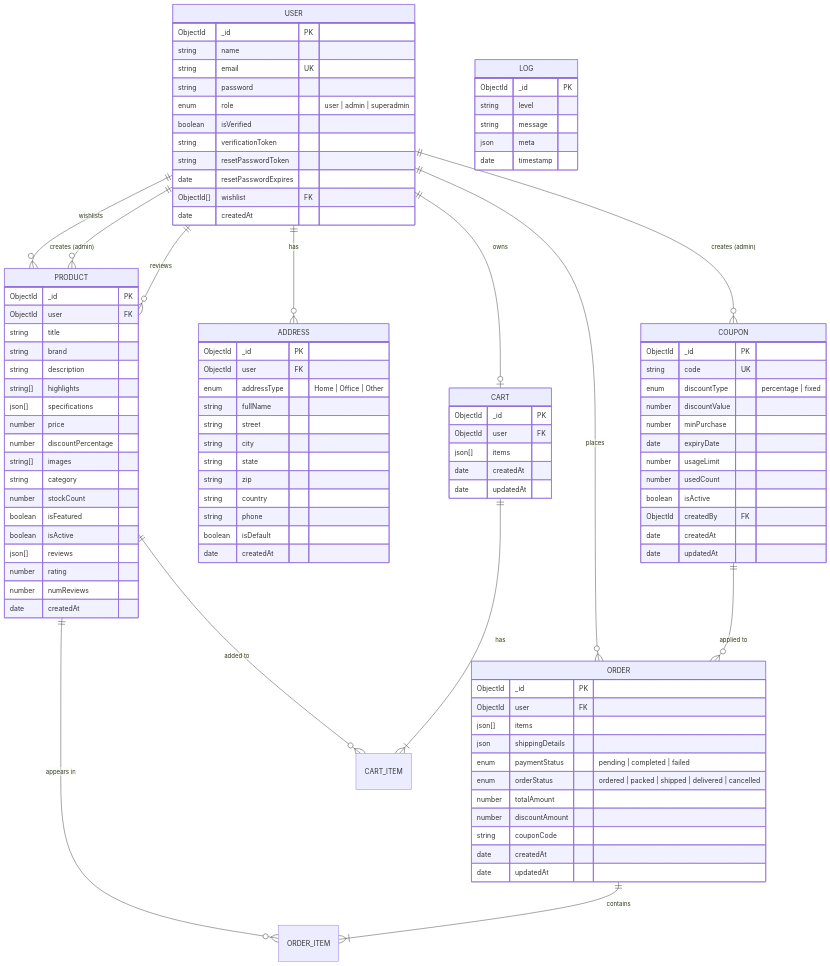
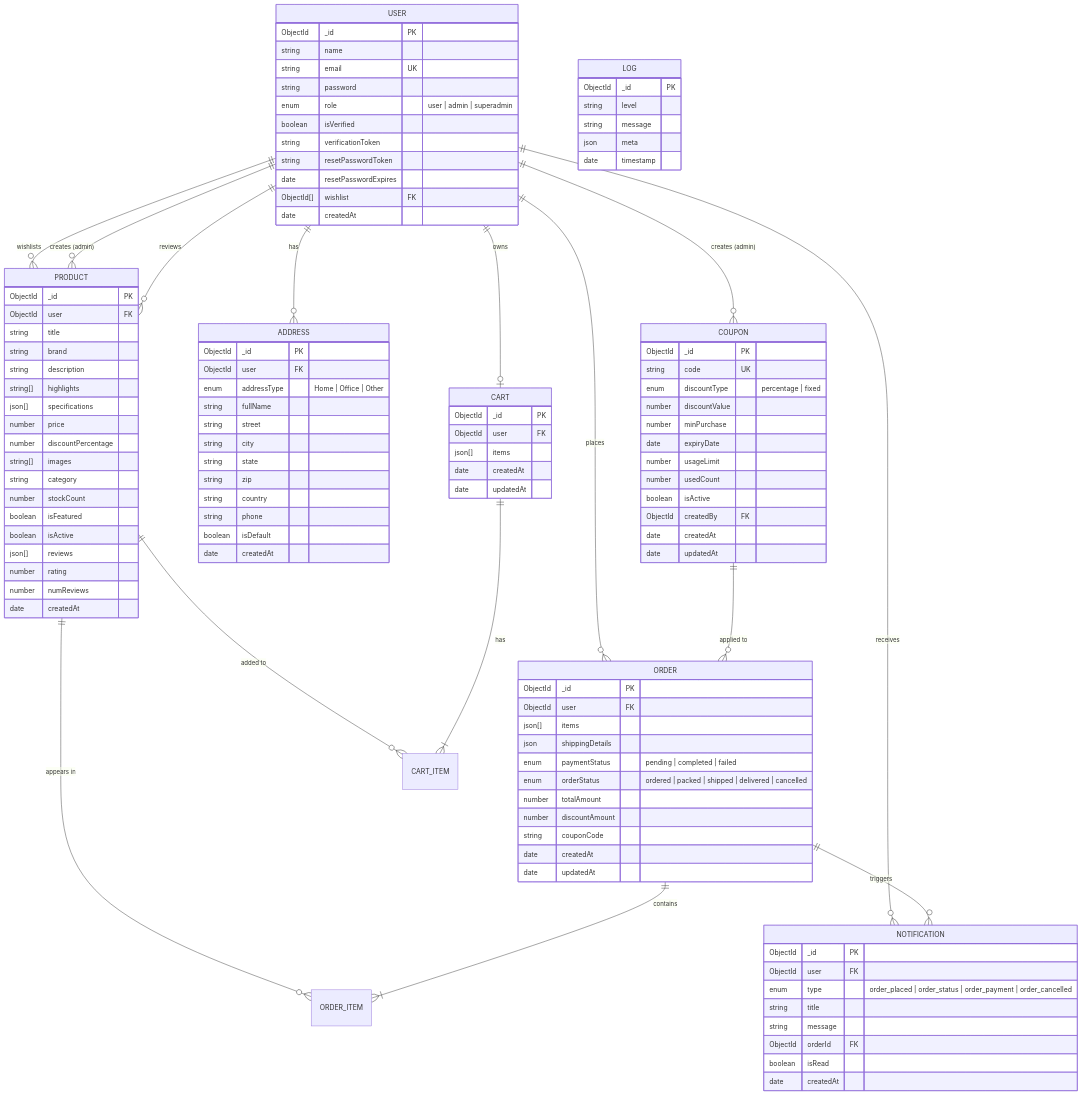
Before and after one commit to Narendrakaduru/QuickCart: the third of 10 diagrams in architecture_diagrams.md, drawn with Mermaid. The commit also changed other lines of this file and 1 other file, not shown here.

Commit message:
Document Notification-System

````diff
--- a/architecture_diagrams.md
+++ b/architecture_diagrams.md
@@ -119,11 +125,13 @@
     USER ||--o{ PRODUCT : "creates (admin)"
     USER ||--o{ COUPON : "creates (admin)"
     USER ||--o{ PRODUCT : "reviews"
+    USER ||--o{ NOTIFICATION : "receives"
 
     PRODUCT ||--o{ ORDER_ITEM : "appears in"
     ORDER ||--|{ ORDER_ITEM : "contains"
     PRODUCT ||--o{ CART_ITEM : "added to"
     CART ||--|{ CART_ITEM : "has"
+    ORDER ||--o{ NOTIFICATION : "triggers"
 
     COUPON ||--o{ ORDER : "applied to"
 
@@ -221,4 +229,15 @@
         json meta
         date timestamp
     }
+
+    NOTIFICATION {
+        ObjectId _id PK
+        ObjectId user FK
+        enum type "order_placed | order_status | order_payment | order_cancelled"
+        string title
+        string message
+        ObjectId orderId FK
+        boolean isRead
+        date createdAt
+    }
 ```
````
